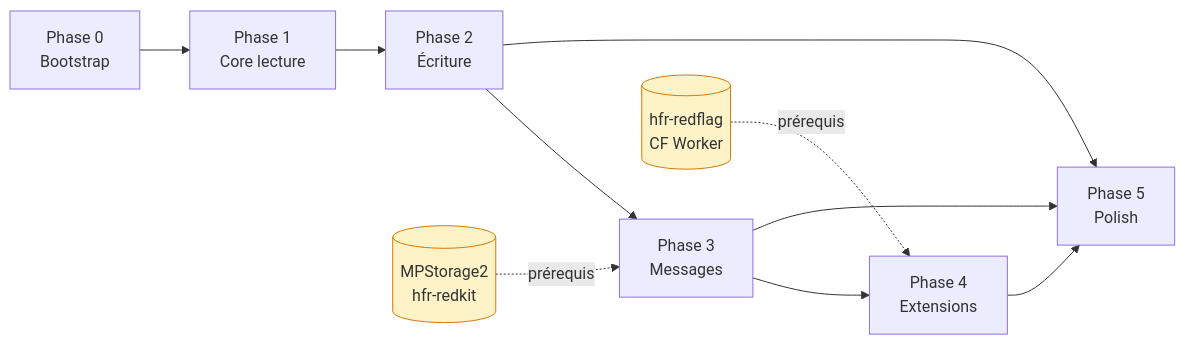
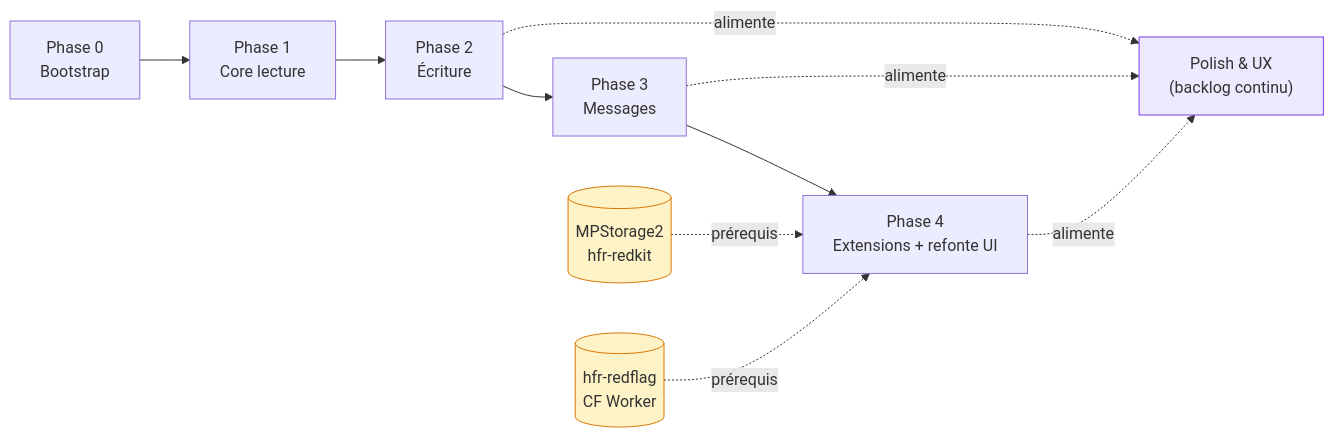
The diagram in docs/specs/roadmap.md (ForumHFR/redface2), drawn with Mermaid before and after one commit. The commit also changed other lines of this file and 13 other files, not shown here.

First line of the commit message:
chore(#598): bump 0.16.0 + align specs/roadmap/ADR with Phase 3 delivered state (#616)

````diff
--- a/docs/specs/roadmap.md
+++ b/docs/specs/roadmap.md
@@ -38,21 +42,24 @@
 ```mermaid
 flowchart LR
     P0["Phase 0<br/>Bootstrap"]
     P1["Phase 1<br/>Core lecture"]
     P2["Phase 2<br/>Écriture"]
     P3["Phase 3<br/>Messages"]
-    P4["Phase 4<br/>Extensions"]
-    P5["Phase 5<br/>Polish"]
+    P4["Phase 4<br/>Extensions + refonte UI"]
+    POL["Polish & UX<br/>(backlog continu)"]
 
     MPS[("MPStorage2<br/>hfr-redkit")]
     RFL[("hfr-redflag<br/>CF Worker")]
 
-    P0 --> P1 --> P2 --> P3 --> P4 --> P5
-    MPS -.prérequis.-> P3
+    P0 --> P1 --> P2 --> P3 --> P4
+    MPS -.prérequis.-> P4
     RFL -.prérequis.-> P4
-    P2 --> P5
-    P3 --> P5
+    P2 -.alimente.-> POL
+    P3 -.alimente.-> POL
+    P4 -.alimente.-> POL
 
     classDef external fill:#fef3c7,stroke:#d97706
+    classDef continuous fill:#ede9fe,stroke:#7c3aed
     class MPS,RFL external
+    class POL continuous
 ```
````
